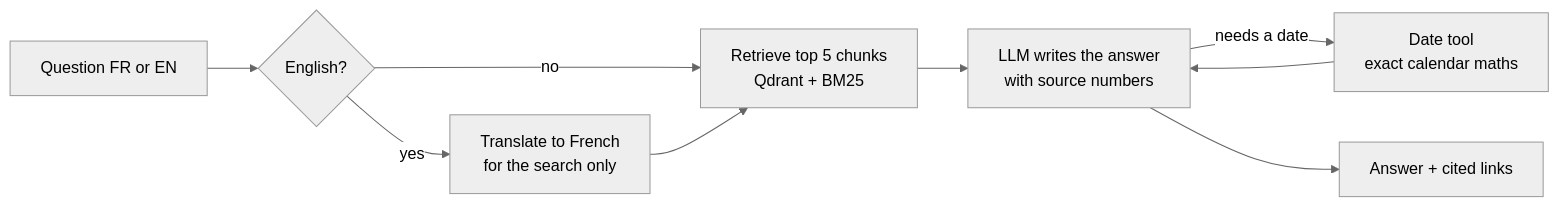
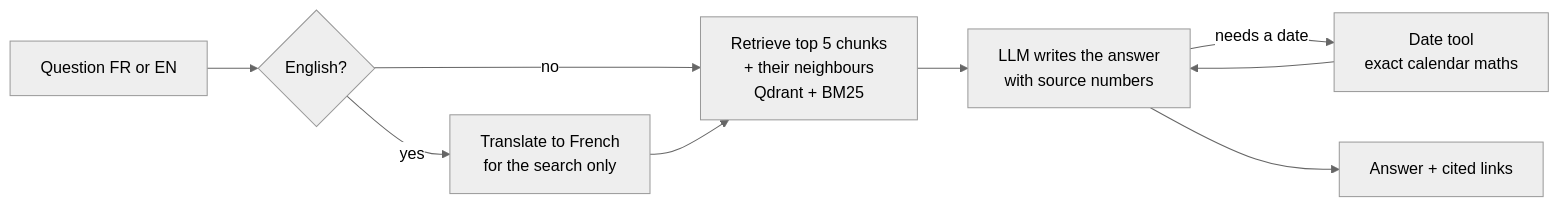
The diagram in README.md (supu02/fr-en-rag-assistant), drawn with Mermaid (neutral theme) before and after one commit. The commit also changed other lines of this file and 7 other files, not shown here.

````diff
--- a/README.md
+++ b/README.md
@@ -102,11 +123,11 @@
 ```mermaid
 flowchart LR
     Q[Question FR or EN] --> T{English?}
     T -- yes --> TR[Translate to French<br/>for the search only]
     T -- no --> R
-    TR --> R[Retrieve top 5 chunks<br/>Qdrant + BM25]
+    TR --> R[Retrieve top 5 chunks<br/>+ their neighbours<br/>Qdrant + BM25]
     R --> A[LLM writes the answer<br/>with source numbers]
     A -- needs a date --> D[Date tool<br/>exact calendar maths]
     D --> A
     A --> O[Answer + cited links]
 ```
````
